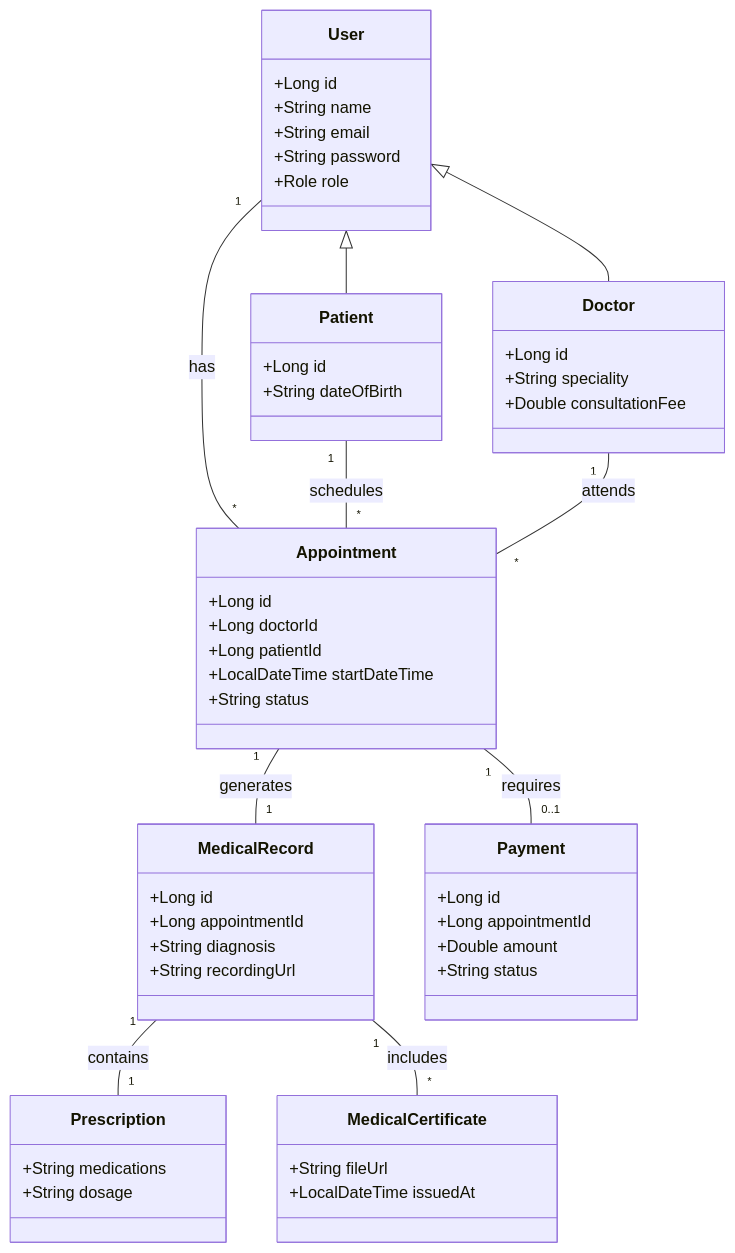
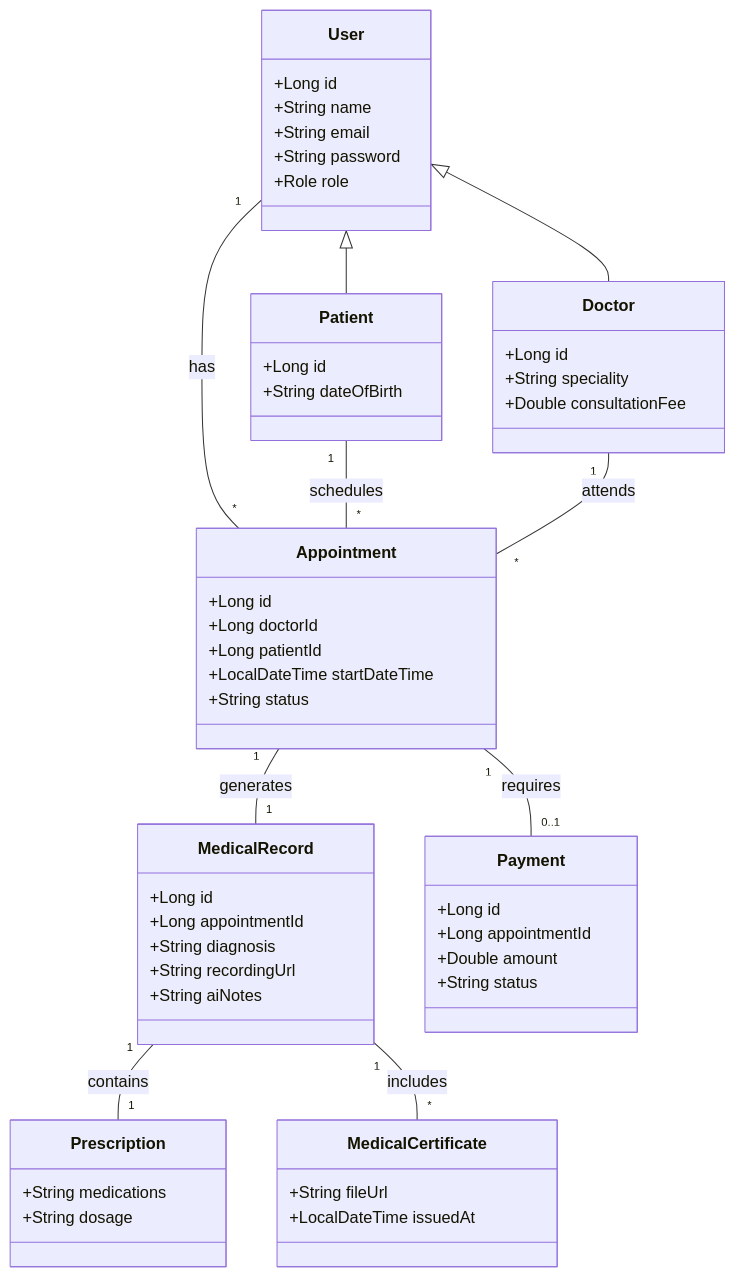
The diagram in README.md (hariti-asm/mydoctor), drawn with Mermaid before and after one commit. The commit also changed other lines of this file, not shown here.

Commit message:
docs: document architectural and design patterns

````diff
--- a/README.md
+++ b/README.md
@@ -52,63 +62,64 @@
 ```mermaid
 classDiagram
     class User {
         +Long id
         +String name
         +String email
         +String password
         +Role role
     }
 
     class Patient {
         +Long id
         +String dateOfBirth
     }
 
     class Doctor {
         +Long id
         +String speciality
         +Double consultationFee
     }
 
     class Appointment {
         +Long id
         +Long doctorId
         +Long patientId
         +LocalDateTime startDateTime
         +String status
     }
 
     class MedicalRecord {
         +Long id
         +Long appointmentId
         +String diagnosis
         +String recordingUrl
+        +String aiNotes
     }
 
     class Prescription {
         +String medications
         +String dosage
     }
 
     class MedicalCertificate {
         +String fileUrl
         +LocalDateTime issuedAt
     }
 
     class Payment {
         +Long id
         +Long appointmentId
         +Double amount
         +String status
     }
 
     User <|-- Patient
     User <|-- Doctor
     User "1" -- "*" Appointment : has
     Patient "1" -- "*" Appointment : schedules
     Doctor "1" -- "*" Appointment : attends
     Appointment "1" -- "1" MedicalRecord : generates
     MedicalRecord "1" -- "1" Prescription : contains
     MedicalRecord "1" -- "*" MedicalCertificate : includes
     Appointment "1" -- "0..1" Payment : requires
 ```
````
